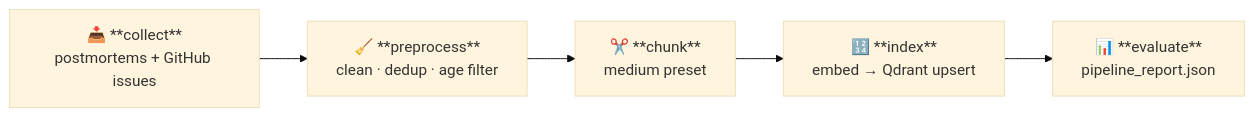
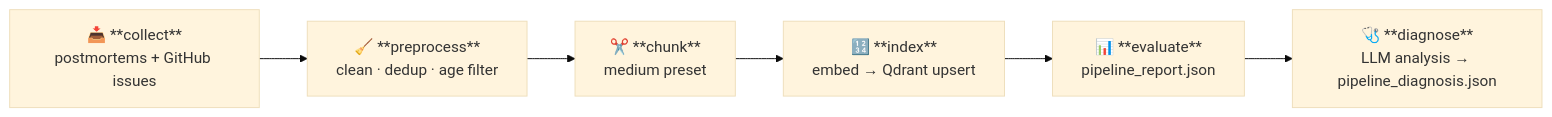
The second of 2 diagrams in README.md (stroccoli/ariadne), drawn with Mermaid (base theme) before and after one commit. The commit also changed other lines of this file and 4 other files, not shown here.

First line of the commit message:
feat(ingestion): add LLM-driven diagnose stage

````diff
--- a/README.md
+++ b/README.md
@@ -226,7 +226,8 @@
 ```mermaid
 flowchart LR
     A["📥 **collect**\npostmortems + GitHub issues"] --> B["🧹 **preprocess**\nclean · dedup · age filter"]
     B --> C["✂️ **chunk**\nmedium preset"]
     C --> D["🔢 **index**\nembed → Qdrant upsert"]
     D --> E["📊 **evaluate**\npipeline_report.json"]
+    E --> F["🩺 **diagnose**\nLLM analysis → pipeline_diagnosis.json"]
 ```
````
